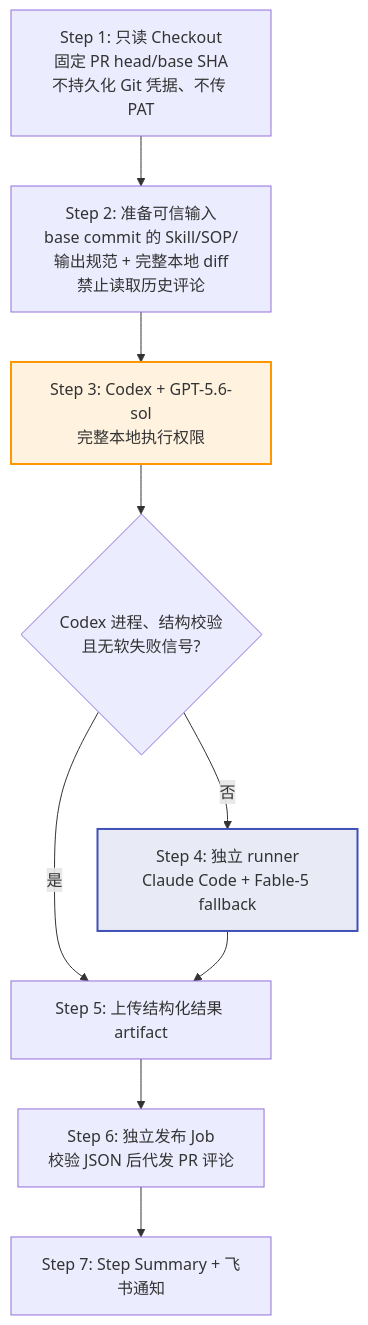
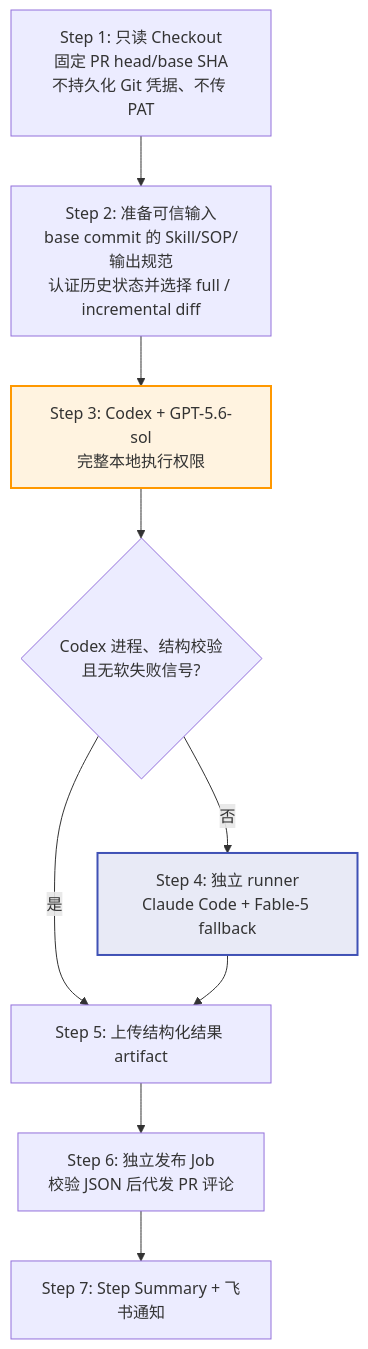
The fourth of 13 diagrams in docs/code-review-design.md (Lightspeed-Intelligence/agentic-workflow-template), drawn with Mermaid before and after one commit. The commit also changed other lines of this file and 9 other files, not shown here.

````diff
--- a/docs/code-review-design.md
+++ b/docs/code-review-design.md
@@ -124,19 +124,19 @@
 ```mermaid
 flowchart TD
     A["Step 1: 只读 Checkout<br/>固定 PR head/base SHA<br/>不持久化 Git 凭据、不传 PAT"]
-    B["Step 2: 准备可信输入<br/>base commit 的 Skill/SOP/输出规范 + 完整本地 diff<br/>禁止读取历史评论"]
+    B["Step 2: 准备可信输入<br/>base commit 的 Skill/SOP/输出规范<br/>认证历史状态并选择 full / incremental diff"]
     C["Step 3: Codex + GPT-5.6-sol<br/>完整本地执行权限"]
     D{"Codex 进程、结构校验<br/>且无软失败信号?"}
     E["Step 4: 独立 runner<br/>Claude Code + Fable-5 fallback"]
     F["Step 5: 上传结构化结果 artifact"]
     G["Step 6: 独立发布 Job<br/>校验 JSON 后代发 PR 评论"]
     H["Step 7: Step Summary + 飞书通知"]
 
     A --> B --> C --> D
     D -->|是| F
     D -->|否| E --> F
     F --> G --> H
 
     style C fill:#fff3e0,stroke:#FF9800,stroke-width:2px
     style E fill:#e8eaf6,stroke:#3F51B5,stroke-width:2px
 ```
````
